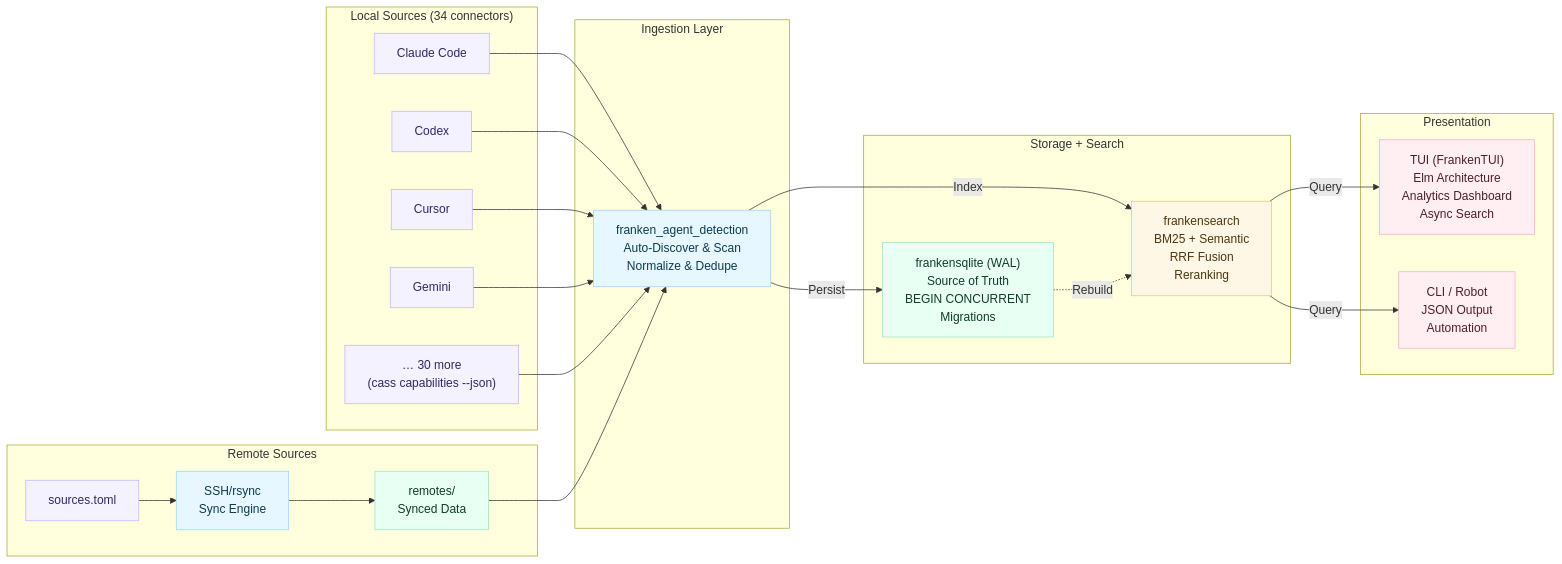
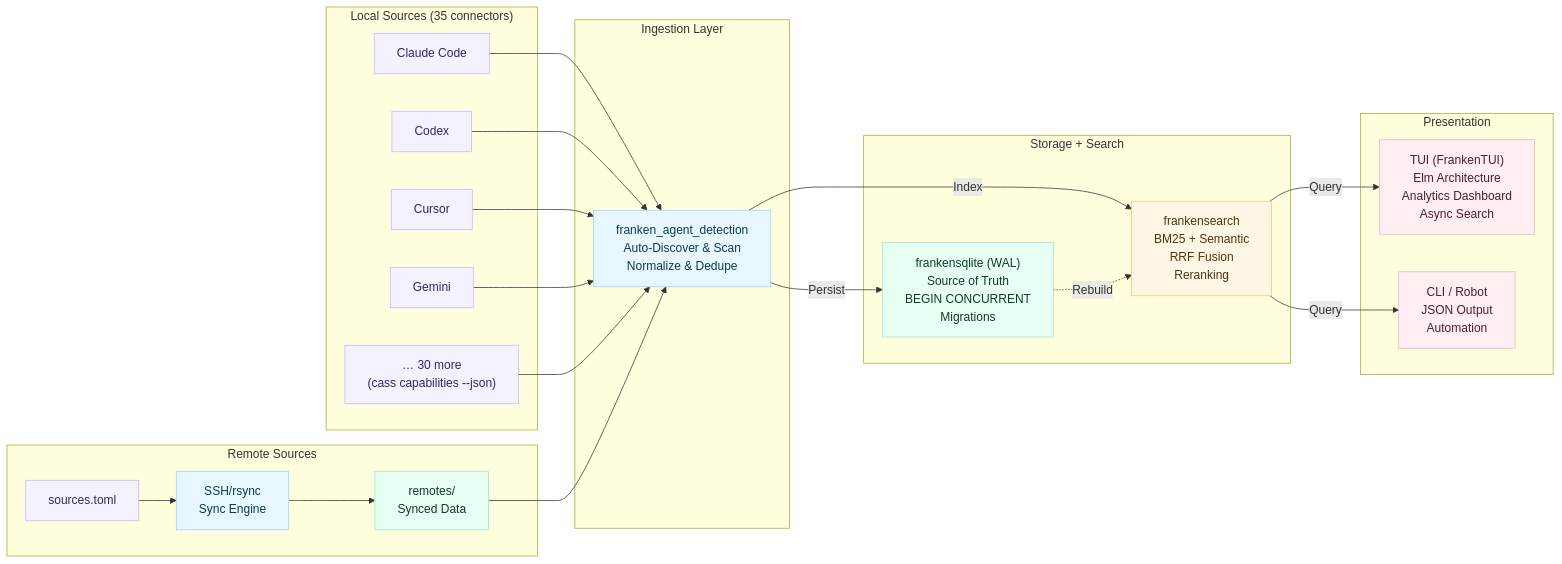
One commit to Dicklesworthstone/coding_agent_session_search changed the second of 3 diagrams in README.md. Above: the diagram before and after it, drawn with Mermaid. The commit also changed other lines of this file and 24 other files, not shown here.

````diff
--- a/README.md
+++ b/README.md
@@ -2745,50 +2746,50 @@
 ```mermaid
 flowchart LR
  classDef pastel fill:#f4f2ff,stroke:#c2b5ff,color:#2e2963;
  classDef pastel2 fill:#e6f7ff,stroke:#9bd5f5,color:#0f3a4d;
  classDef pastel3 fill:#e8fff3,stroke:#9fe3c5,color:#0f3d28;
  classDef pastel4 fill:#fff7e6,stroke:#f2c27f,color:#4d350f;
  classDef pastel5 fill:#ffeef2,stroke:#f5b0c2,color:#4d1f2c;
 
- subgraph Sources["Local Sources (34 connectors)"]
+ subgraph Sources["Local Sources (35 connectors)"]
  A1[Claude Code]:::pastel
  A2[Codex]:::pastel
  A3[Cursor]:::pastel
  A4[Gemini]:::pastel
  A5["… 30 more\n(cass capabilities --json)"]:::pastel
  end
 
  subgraph Remote["Remote Sources"]
  R1["sources.toml"]:::pastel
  R2["SSH/rsync\nSync Engine"]:::pastel2
  R3["remotes/\nSynced Data"]:::pastel3
  end
 
  subgraph "Ingestion Layer"
  C1["franken_agent_detection\nAuto-Discover & Scan\nNormalize & Dedupe"]:::pastel2
  end
 
  subgraph "Storage + Search"
  S1["frankensqlite (WAL)\nSource of Truth\nBEGIN CONCURRENT\nMigrations"]:::pastel3
  T1["frankensearch\nBM25 + Semantic\nRRF Fusion\nReranking"]:::pastel4
  end
 
  subgraph "Presentation"
  U1["TUI (FrankenTUI)\nElm Architecture\nAnalytics Dashboard\nAsync Search"]:::pastel5
  U2["CLI / Robot\nJSON Output\nAutomation"]:::pastel5
  end
 
  A1 --> C1
  A2 --> C1
  A3 --> C1
  A4 --> C1
  A5 --> C1
  R1 --> R2
  R2 --> R3
  R3 --> C1
  C1 -->|Persist| S1
  C1 -->|Index| T1
  S1 -.->|Rebuild| T1
  T1 -->|Query| U1
  T1 -->|Query| U2
 ```
````
